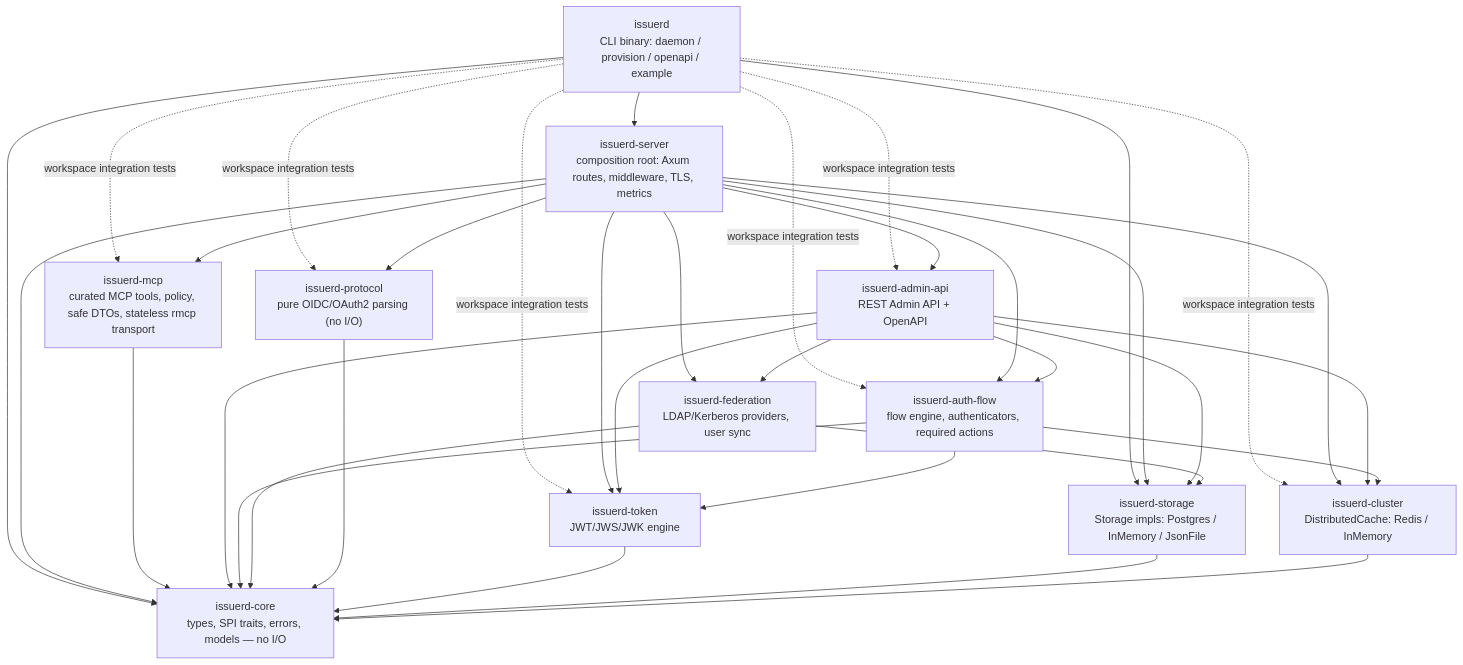
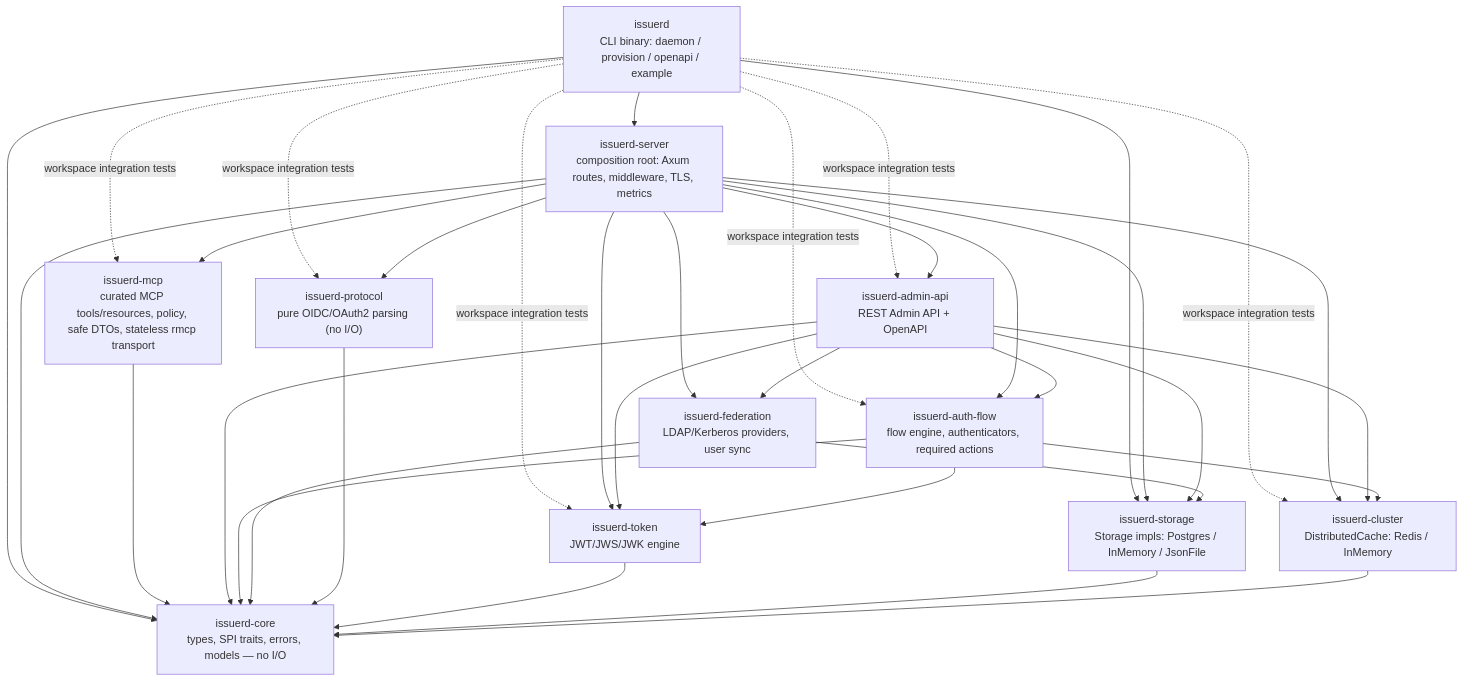
One commit to issuerd/issuerd changed the diagram in ARCHITECTURE.md. Above: the diagram before and after it, drawn with Mermaid. The commit also changed 6 other files, not shown here.

````diff
--- a/ARCHITECTURE.md
+++ b/ARCHITECTURE.md
@@ -21,49 +21,49 @@
 ```mermaid
 flowchart TD
     issuerd["issuerd<br/>CLI binary: daemon / provision / openapi / example"]
     issuerd_server["issuerd-server<br/>composition root: Axum routes, middleware, TLS, metrics"]
     issuerd_admin_api["issuerd-admin-api<br/>REST Admin API + OpenAPI"]
     issuerd_auth_flow["issuerd-auth-flow<br/>flow engine, authenticators, required actions"]
     issuerd_federation["issuerd-federation<br/>LDAP/Kerberos providers, user sync"]
     issuerd_protocol["issuerd-protocol<br/>pure OIDC/OAuth2 parsing (no I/O)"]
     issuerd_token["issuerd-token<br/>JWT/JWS/JWK engine"]
     issuerd_storage["issuerd-storage<br/>Storage impls: Postgres / InMemory / JsonFile"]
     issuerd_cluster["issuerd-cluster<br/>DistributedCache: Redis / InMemory"]
-    issuerd_mcp["issuerd-mcp<br/>curated MCP tools, policy, safe DTOs, stateless rmcp transport"]
+    issuerd_mcp["issuerd-mcp<br/>curated MCP tools/resources, policy, safe DTOs, stateless rmcp transport"]
     issuerd_core["issuerd-core<br/>types, SPI traits, errors, models — no I/O"]
 
     issuerd --> issuerd_server
     issuerd --> issuerd_core
     issuerd --> issuerd_storage
     issuerd -. "workspace integration tests" .-> issuerd_protocol
     issuerd -. "workspace integration tests" .-> issuerd_auth_flow
     issuerd -. "workspace integration tests" .-> issuerd_token
     issuerd -. "workspace integration tests" .-> issuerd_cluster
     issuerd -. "workspace integration tests" .-> issuerd_admin_api
     issuerd -. "workspace integration tests" .-> issuerd_mcp
     issuerd_server --> issuerd_admin_api
     issuerd_server --> issuerd_auth_flow
     issuerd_server --> issuerd_federation
     issuerd_server --> issuerd_protocol
     issuerd_server --> issuerd_token
     issuerd_server --> issuerd_storage
     issuerd_server --> issuerd_cluster
     issuerd_server --> issuerd_mcp
     issuerd_server --> issuerd_core
     issuerd_mcp --> issuerd_core
     issuerd_admin_api --> issuerd_auth_flow
     issuerd_admin_api --> issuerd_federation
     issuerd_admin_api --> issuerd_token
     issuerd_admin_api --> issuerd_storage
     issuerd_admin_api --> issuerd_cluster
     issuerd_auth_flow --> issuerd_token
     issuerd_auth_flow --> issuerd_cluster
     issuerd_federation --> issuerd_storage
     issuerd_admin_api --> issuerd_core
     issuerd_auth_flow --> issuerd_core
     issuerd_federation --> issuerd_core
     issuerd_protocol --> issuerd_core
     issuerd_token --> issuerd_core
     issuerd_storage --> issuerd_core
     issuerd_cluster --> issuerd_core
 ```
````
